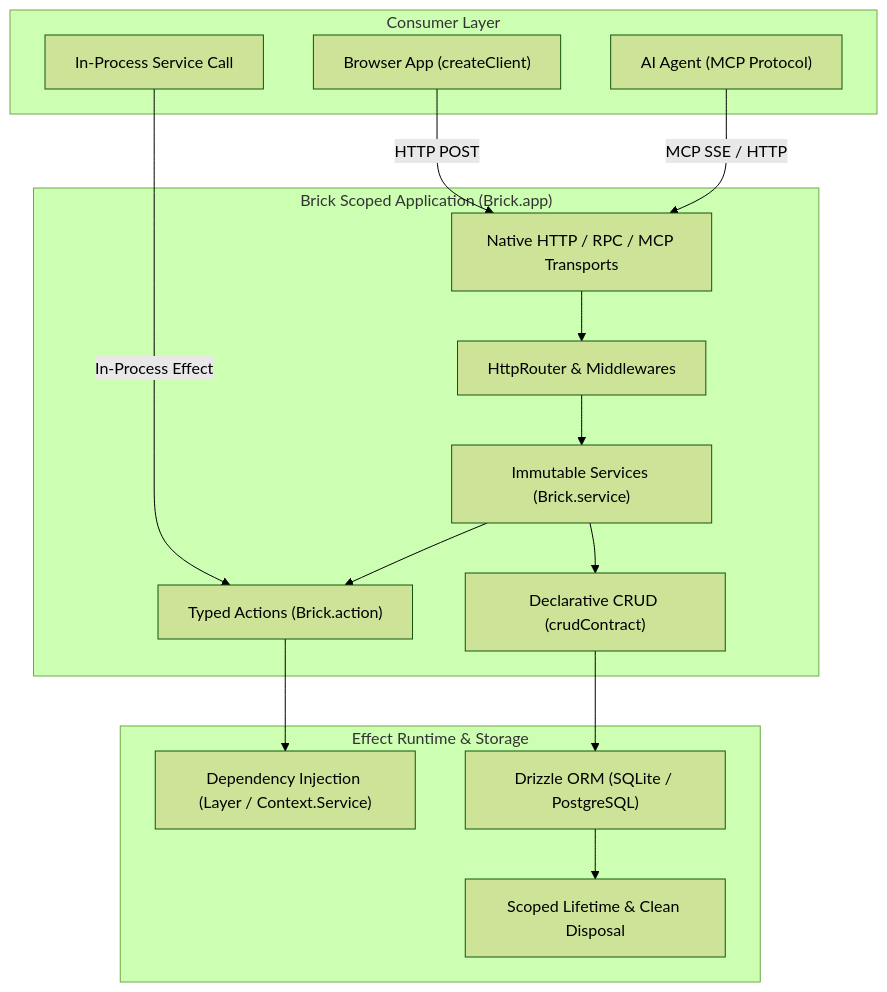
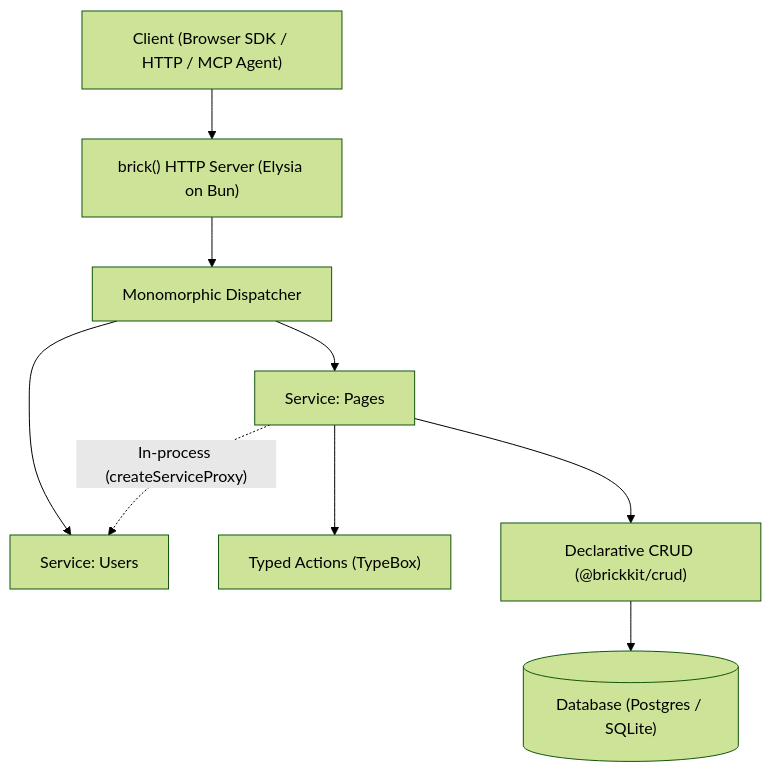
Before and after one commit to Chandraprakash-Darji/brick: the diagram in www/content/docs/(brick)/why-brick.mdx, drawn with Mermaid (forest theme). The commit also changed other lines of this file and 299 other files, not shown here.

First line of the commit message:
Revert "feat: Effect-native migration (core, crud, client, cli, examples, docs) (#93)"

````diff
--- a/www/content/docs/(brick)/why-brick.mdx
+++ b/www/content/docs/(brick)/why-brick.mdx
@@ -14,35 +33,11 @@
 ```mermaid
 flowchart TD
-    subgraph Client["Consumer Layer"]
-        Browser["Browser App (createClient)"]
-        Agent["AI Agent (MCP Protocol)"]
-        Internal["In-Process Service Call"]
-    end
-
-    subgraph App["Brick Scoped Application (Brick.app)"]
-        Gateway["Native HTTP / RPC / MCP Transports"]
-        Router["HttpRouter & Middlewares"]
-        Services["Immutable Services (Brick.service)"]
-        Actions["Typed Actions (Brick.action)"]
-        CRUD["Declarative CRUD (crudContract)"]
-    end
-
-    subgraph Infra["Effect Runtime & Storage"]
-        Layers["Dependency Injection (Layer / Context.Service)"]
-        Drizzle["Drizzle ORM (SQLite / PostgreSQL)"]
-        Scope["Scoped Lifetime & Clean Disposal"]
-    end
-
-    Browser -->|HTTP POST| Gateway
-    Agent -->|MCP SSE / HTTP| Gateway
-    Internal -->|In-Process Effect| Actions
-
-    Gateway --> Router
-    Router --> Services
-    Services --> Actions
-    Services --> CRUD
-
-    Actions --> Layers
-    CRUD --> Drizzle
-    Drizzle --> Scope
+    Client["Client (Browser SDK / HTTP / MCP Agent)"] --> Gateway["brick() HTTP Server (Elysia on Bun)"]
+    Gateway --> Dispatch["Monomorphic Dispatcher"]
+    Dispatch --> ServiceA["Service: Pages"]
+    Dispatch --> ServiceB["Service: Users"]
+    ServiceA --> Actions["Typed Actions (TypeBox)"]
+    ServiceA --> CRUD["Declarative CRUD (@brickkit/crud)"]
+    CRUD --> DB[("Database (Postgres / SQLite)")]
+    ServiceA -. "In-process (createServiceProxy)" .-> ServiceB
 ```
````
